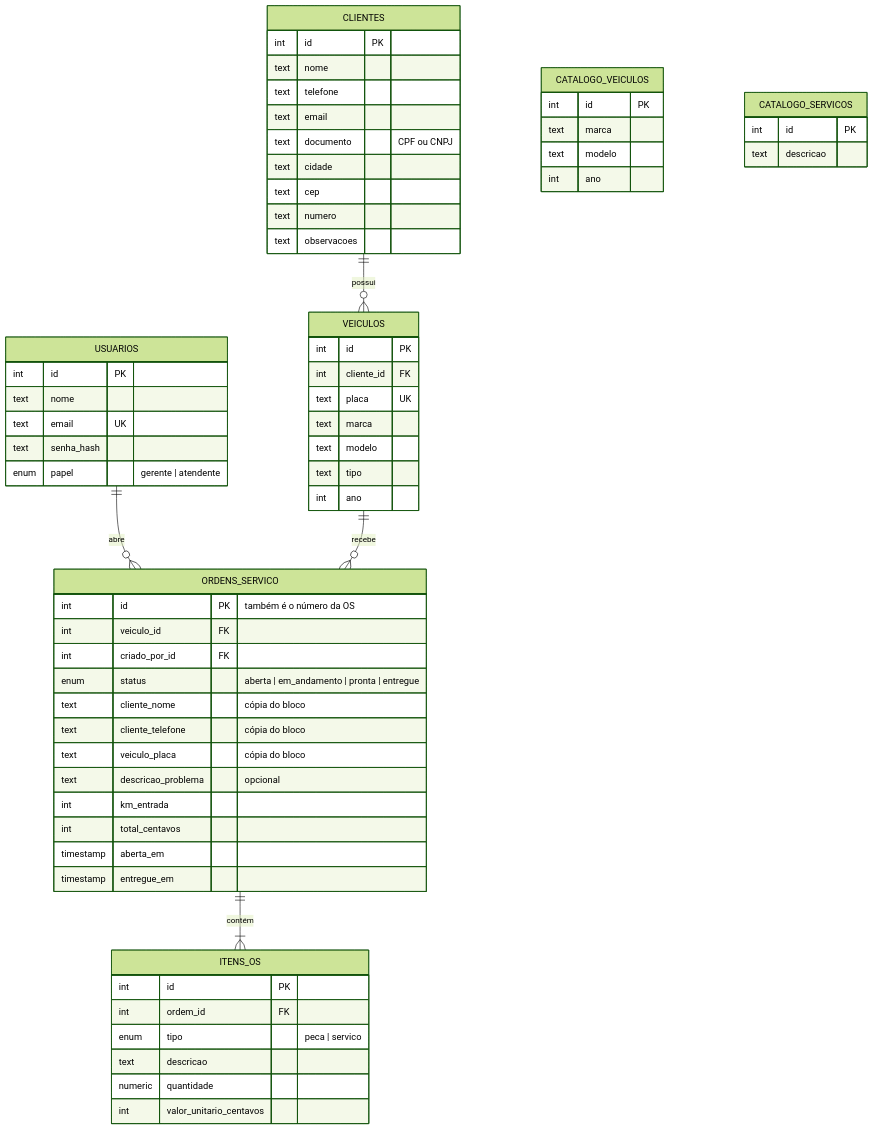
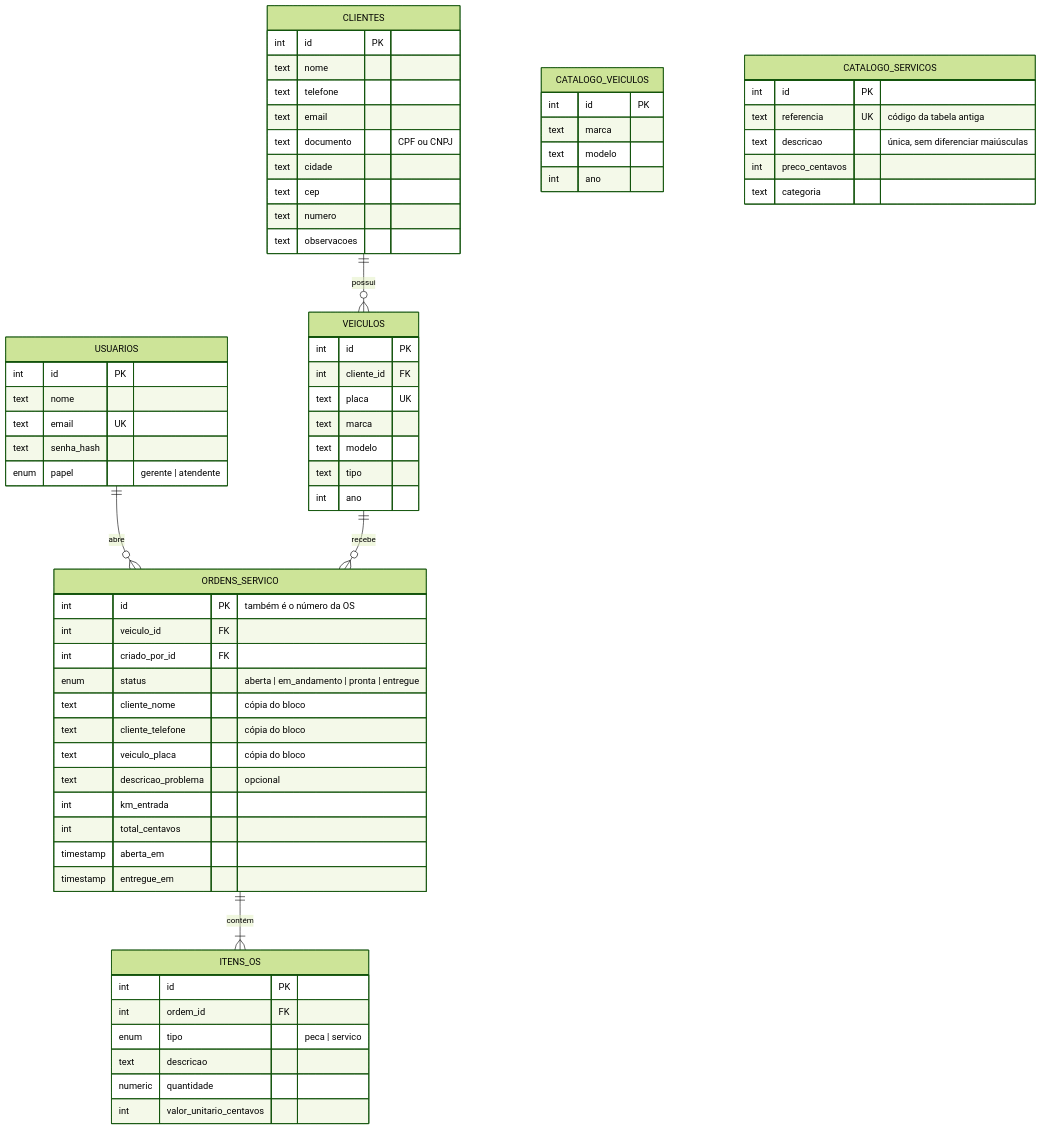
Before and after one commit to josezaltar/oficina-os: the first of 2 diagrams in docs/modelo-de-dados.md, drawn with Mermaid (forest theme). The commit also changed other lines of this file and 22 other files, not shown here.

First line of the commit message:
feat: área Serviços com tabela de preços e importação da tabela antiga

````diff
--- a/docs/modelo-de-dados.md
+++ b/docs/modelo-de-dados.md
@@ -5,67 +5,70 @@
 ```mermaid
 erDiagram
     USUARIOS ||--o{ ORDENS_SERVICO : "abre"
     CLIENTES ||--o{ VEICULOS : "possui"
     VEICULOS ||--o{ ORDENS_SERVICO : "recebe"
     ORDENS_SERVICO ||--|{ ITENS_OS : "contém"
 
     USUARIOS {
         int id PK
         text nome
         text email UK
         text senha_hash
         enum papel "gerente | atendente"
     }
     CLIENTES {
         int id PK
         text nome
         text telefone
         text email
         text documento "CPF ou CNPJ"
         text cidade
         text cep
         text numero
         text observacoes
     }
     VEICULOS {
         int id PK
         int cliente_id FK
         text placa UK
         text marca
         text modelo
         text tipo
         int ano
     }
     ORDENS_SERVICO {
         int id PK "também é o número da OS"
         int veiculo_id FK
         int criado_por_id FK
         enum status "aberta | em_andamento | pronta | entregue"
         text cliente_nome "cópia do bloco"
         text cliente_telefone "cópia do bloco"
         text veiculo_placa "cópia do bloco"
         text descricao_problema "opcional"
         int km_entrada
         int total_centavos
         timestamp aberta_em
         timestamp entregue_em
     }
     CATALOGO_VEICULOS {
         int id PK
         text marca
         text modelo
         int ano
     }
     CATALOGO_SERVICOS {
         int id PK
-        text descricao
+        text referencia UK "código da tabela antiga"
+        text descricao "única, sem diferenciar maiúsculas"
+        int preco_centavos
+        text categoria
     }
     ITENS_OS {
         int id PK
         int ordem_id FK
         enum tipo "peca | servico"
         text descricao
         numeric quantidade
         int valor_unitario_centavos
     }
 ```
````
